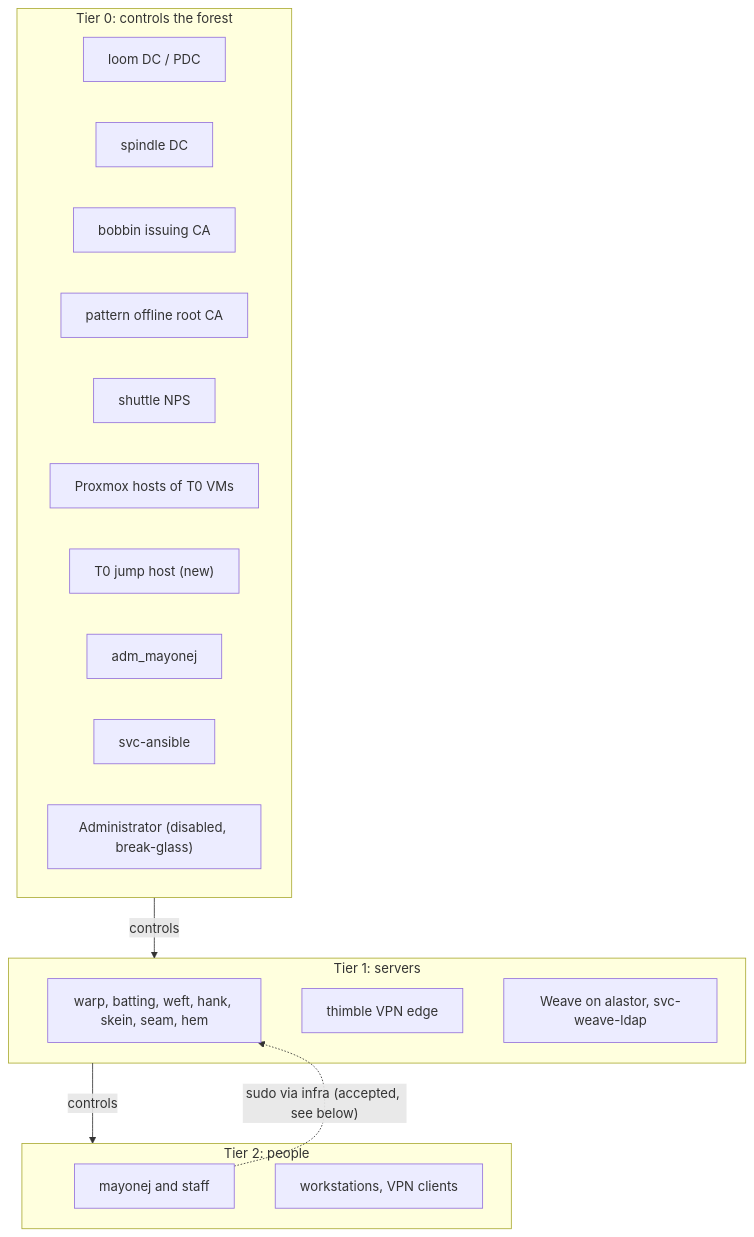
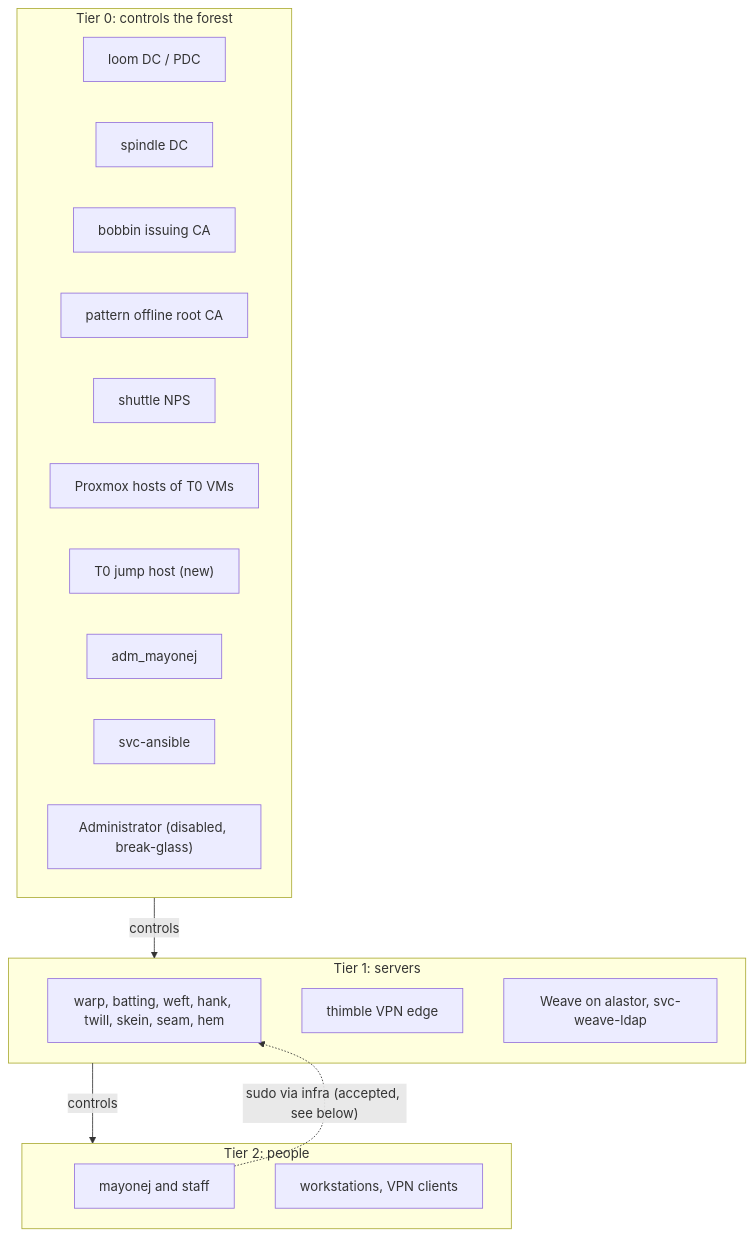
The first of 4 diagrams in ad/TIERING.md (patchworklabsorg/infra), drawn with Mermaid before and after one commit. The commit also changed other lines of this file and 14 other files, not shown here.

````diff
--- a/ad/TIERING.md
+++ b/ad/TIERING.md
@@ -101,26 +101,26 @@
 ```mermaid
 flowchart TB
   subgraph T0["Tier 0: controls the forest"]
     loom["loom DC / PDC"]
     spindle["spindle DC"]
     bobbin["bobbin issuing CA"]
     pattern["pattern offline root CA"]
     shuttle["shuttle NPS"]
     pve["Proxmox hosts of T0 VMs"]
     jump["T0 jump host (new)"]
     adm["adm_mayonej"]
     ans["svc-ansible"]
     bg["Administrator (disabled, break-glass)"]
   end
   subgraph T1["Tier 1: servers"]
-    nix["warp, batting, weft, hank, skein, seam, hem"]
+    nix["warp, batting, weft, hank, twill, skein, seam, hem"]
     thimble["thimble VPN edge"]
     weave["Weave on alastor, svc-weave-ldap"]
   end
   subgraph T2["Tier 2: people"]
     daily["mayonej and staff"]
     ws["workstations, VPN clients"]
   end
   T0 -->|controls| T1 -->|controls| T2
   daily -. "sudo via infra (accepted, see below)" .-> nix
 ```
````
